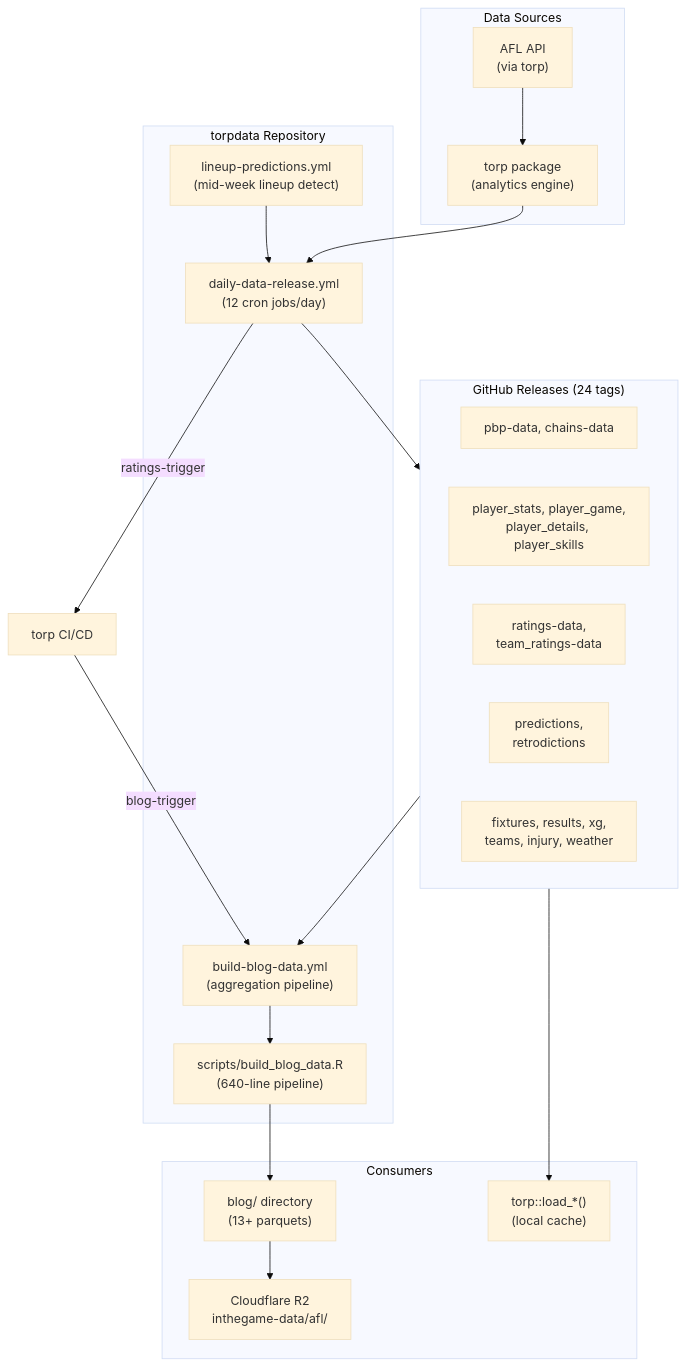
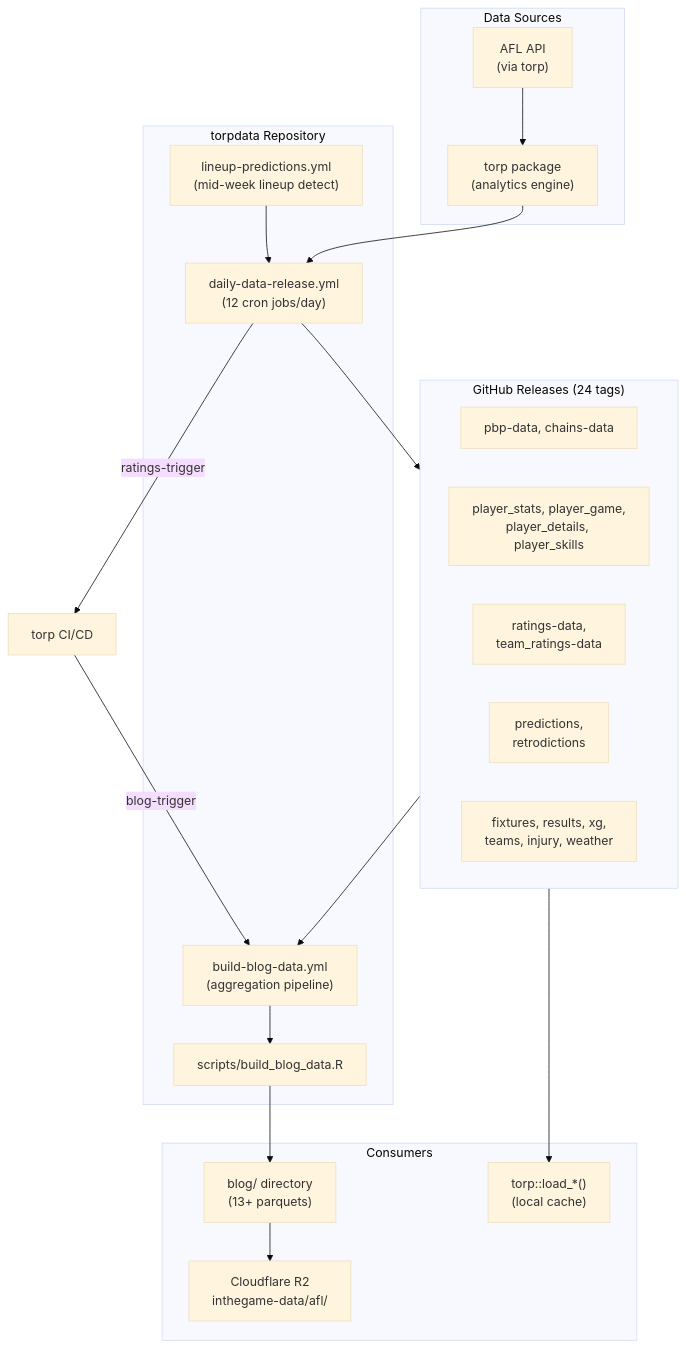
The first of 2 diagrams in ARCHITECTURE.md (peteowen1/torpdata), drawn with Mermaid (base theme) before and after one commit. The commit also changed other lines of this file, not shown here.

First line of the commit message:
ARCHITECTURE.md: drop the stale 640-line count for build_blog_data.R

````diff
--- a/ARCHITECTURE.md
+++ b/ARCHITECTURE.md
@@ -14,41 +14,41 @@
 ```mermaid
 graph TB
     subgraph Sources["Data Sources"]
         TORP["torp package<br/>(analytics engine)"]
         AFL["AFL API<br/>(via torp)"]
     end
 
     subgraph torpdata["torpdata Repository"]
         DAILY["daily-data-release.yml<br/>(12 cron jobs/day)"]
         LINEUP["lineup-predictions.yml<br/>(mid-week lineup detect)"]
         BLOG_WF["build-blog-data.yml<br/>(aggregation pipeline)"]
-        SCRIPT["scripts/build_blog_data.R<br/>(640-line pipeline)"]
+        SCRIPT["scripts/build_blog_data.R"]
     end
 
     subgraph Releases["GitHub Releases (24 tags)"]
         PBP["pbp-data, chains-data"]
         PLAYER["player_stats, player_game,<br/>player_details, player_skills"]
         RATINGS["ratings-data,<br/>team_ratings-data"]
         PREDS["predictions,<br/>retrodictions"]
         OTHER["fixtures, results, xg,<br/>teams, injury, weather"]
     end
 
     subgraph Consumers["Consumers"]
         CACHE["torp::load_*()<br/>(local cache)"]
         R2["Cloudflare R2<br/>inthegame-data/afl/"]
         BLOG_OUT["blog/ directory<br/>(13+ parquets)"]
     end
 
     AFL --> TORP
     TORP --> DAILY
     DAILY --> Releases
     LINEUP --> DAILY
     Releases --> BLOG_WF
     BLOG_WF --> SCRIPT
     SCRIPT --> BLOG_OUT
     BLOG_OUT --> R2
     Releases --> CACHE
 
     DAILY -->|"ratings-trigger"| TORP_CI["torp CI/CD"]
     TORP_CI -->|"blog-trigger"| BLOG_WF
 ```
````
